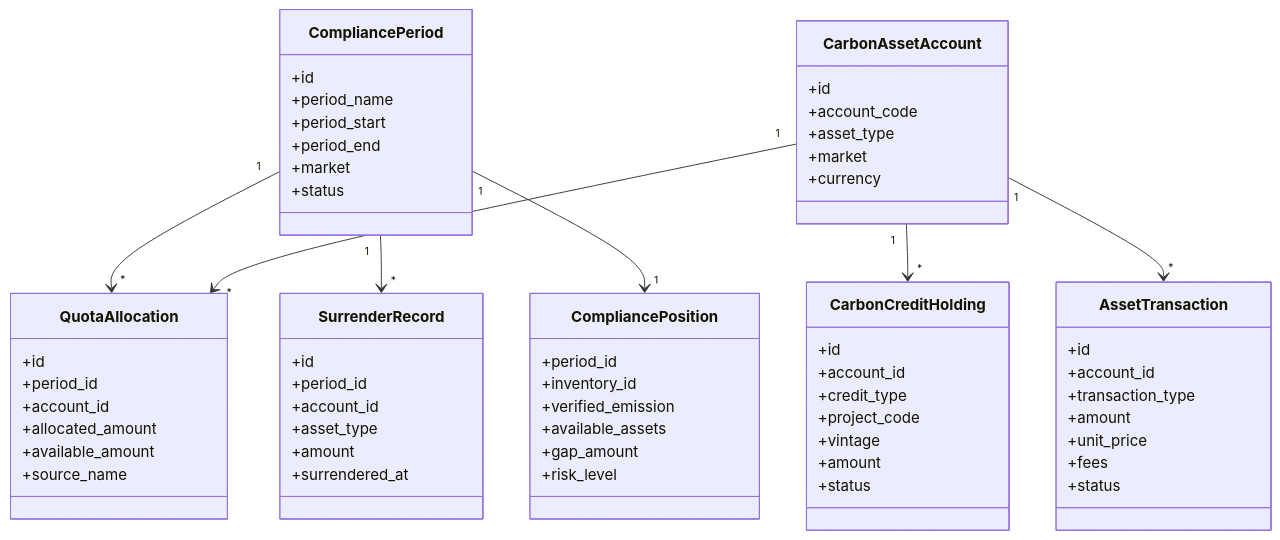
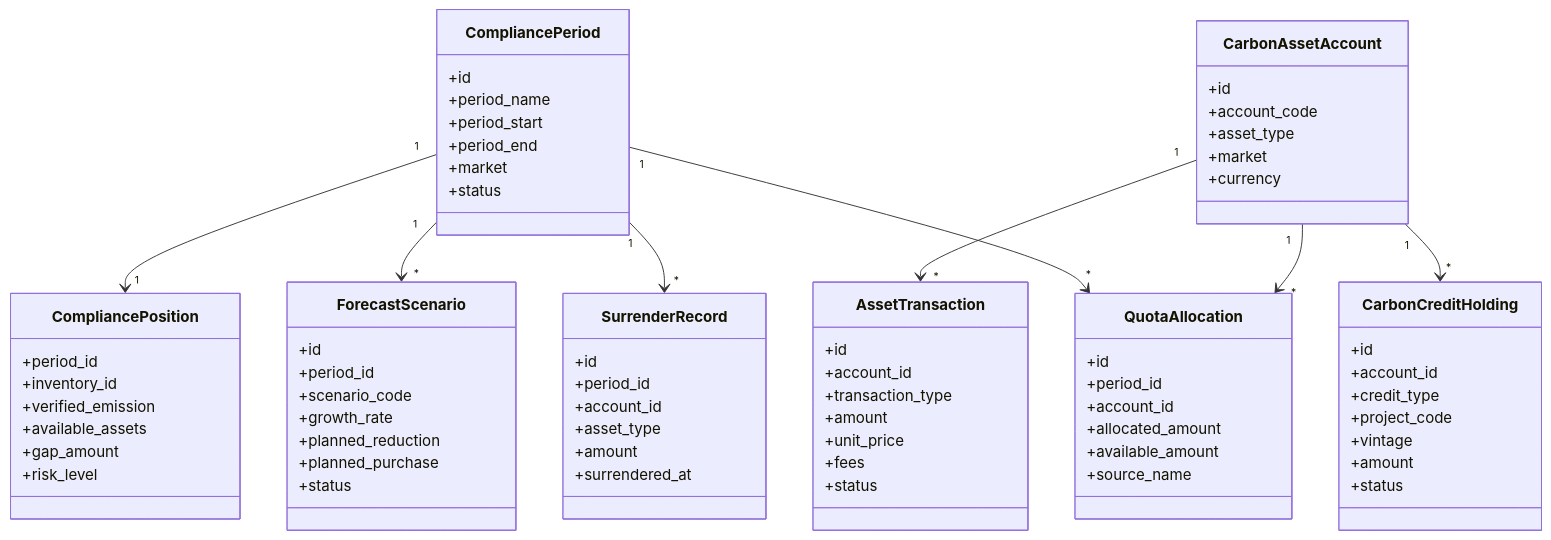
One commit to EzioHelios/project changed the tenth of 10 diagrams in docs/评价方案/能碳领域边界DDD设计.md. Above: the diagram before and after it, drawn with Mermaid. The commit also changed other lines of this file and 12 other files, not shown here.

````diff
--- a/docs/评价方案/能碳领域边界DDD设计.md
+++ b/docs/评价方案/能碳领域边界DDD设计.md
@@ -873,10 +873,21 @@
         +risk_level
     }
 
+    class ForecastScenario {
+        +id
+        +period_id
+        +scenario_code
+        +growth_rate
+        +planned_reduction
+        +planned_purchase
+        +status
+    }
+
     CompliancePeriod "1" --> "*" QuotaAllocation
     CarbonAssetAccount "1" --> "*" QuotaAllocation
     CarbonAssetAccount "1" --> "*" CarbonCreditHolding
     CarbonAssetAccount "1" --> "*" AssetTransaction
     CompliancePeriod "1" --> "*" SurrenderRecord
+    CompliancePeriod "1" --> "*" ForecastScenario
     CompliancePeriod "1" --> "1" CompliancePosition
 ```
````
